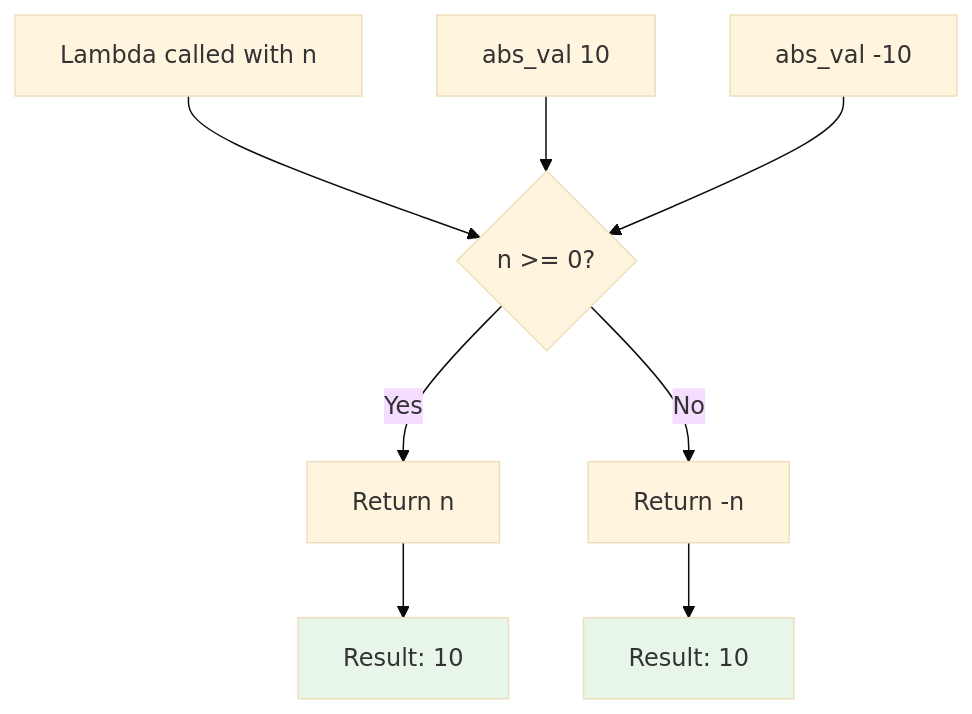
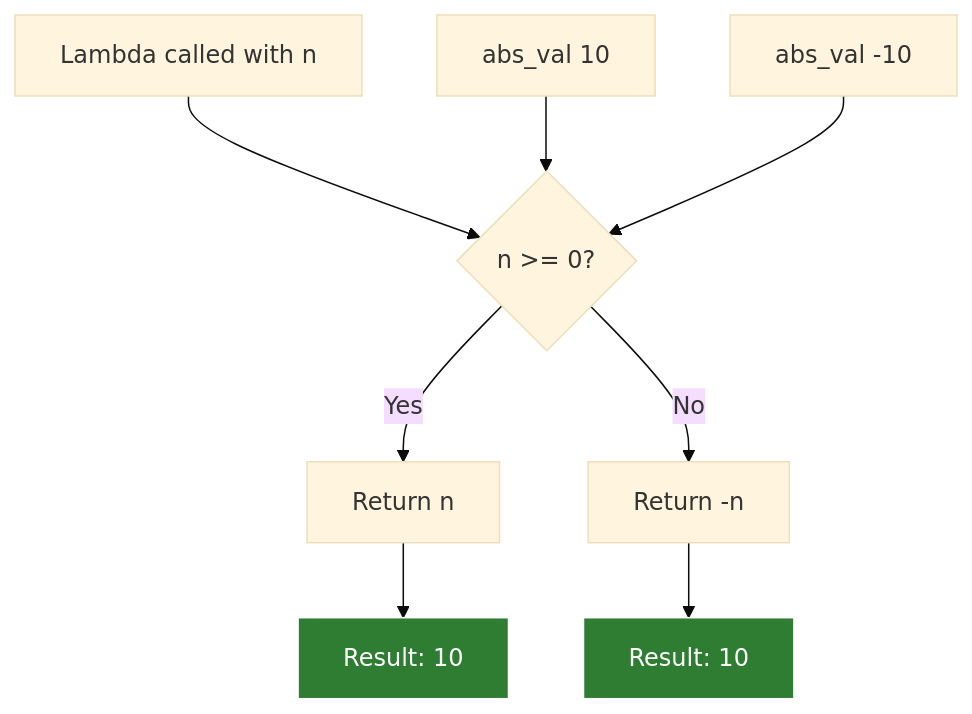
Before and after one commit to specialized806/jaseci: the third of 3 diagrams in jac/examples/reference/expressions.md, drawn with Mermaid (base theme). The commit also changed other lines of this file and 13 other files, not shown here.

Commit message:
imporve spec diagram styles

````diff
--- a/jac/examples/reference/expressions.md
+++ b/jac/examples/reference/expressions.md
@@ -115,14 +115,14 @@
 ```mermaid
 graph TD
     A[Lambda called with n] --> B{n >= 0?}
     B -->|Yes| C[Return n]
     B -->|No| D[Return -n]
 
     E[abs_val 10] --> B
     F[abs_val -10] --> B
     C --> G[Result: 10]
     D --> H[Result: 10]
 
-    style G fill:#e8f5e9
-    style H fill:#e8f5e9
+    style G fill:#2e7d32,stroke:#fff,color:#fff
+    style H fill:#2e7d32,stroke:#fff,color:#fff
 ```
````
